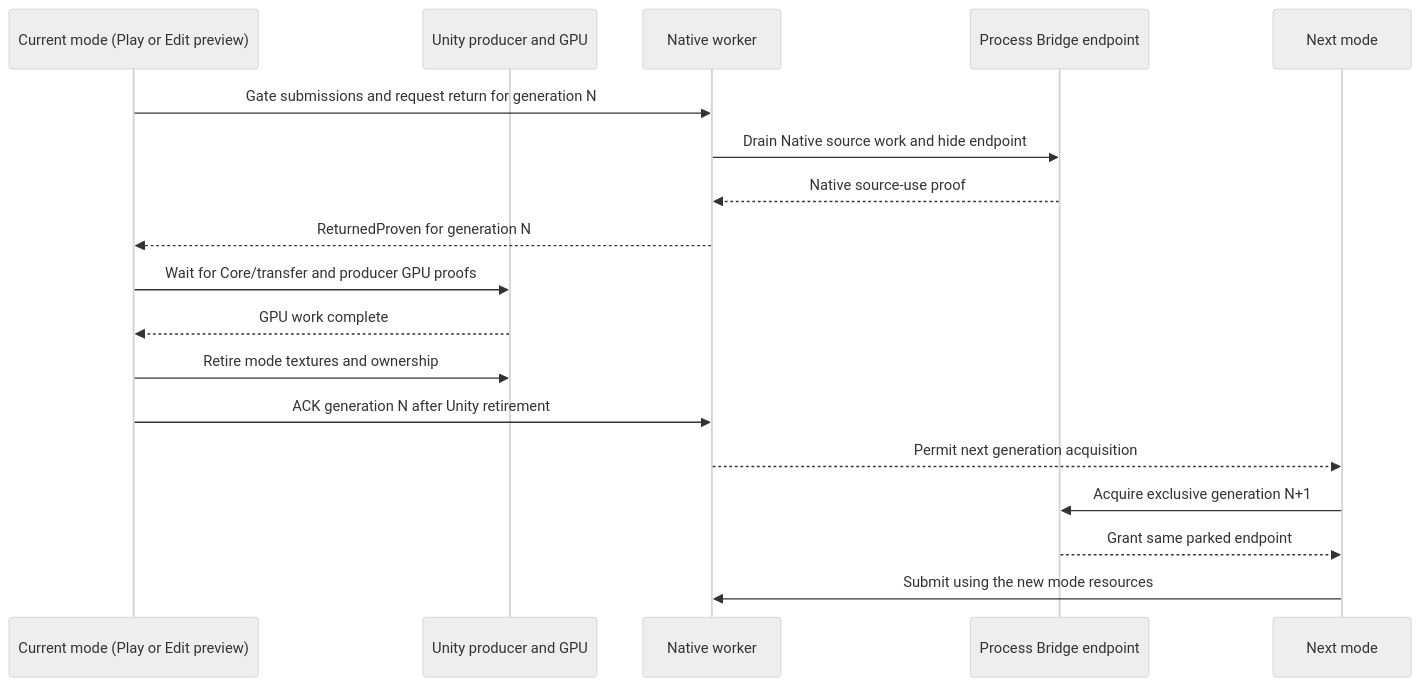
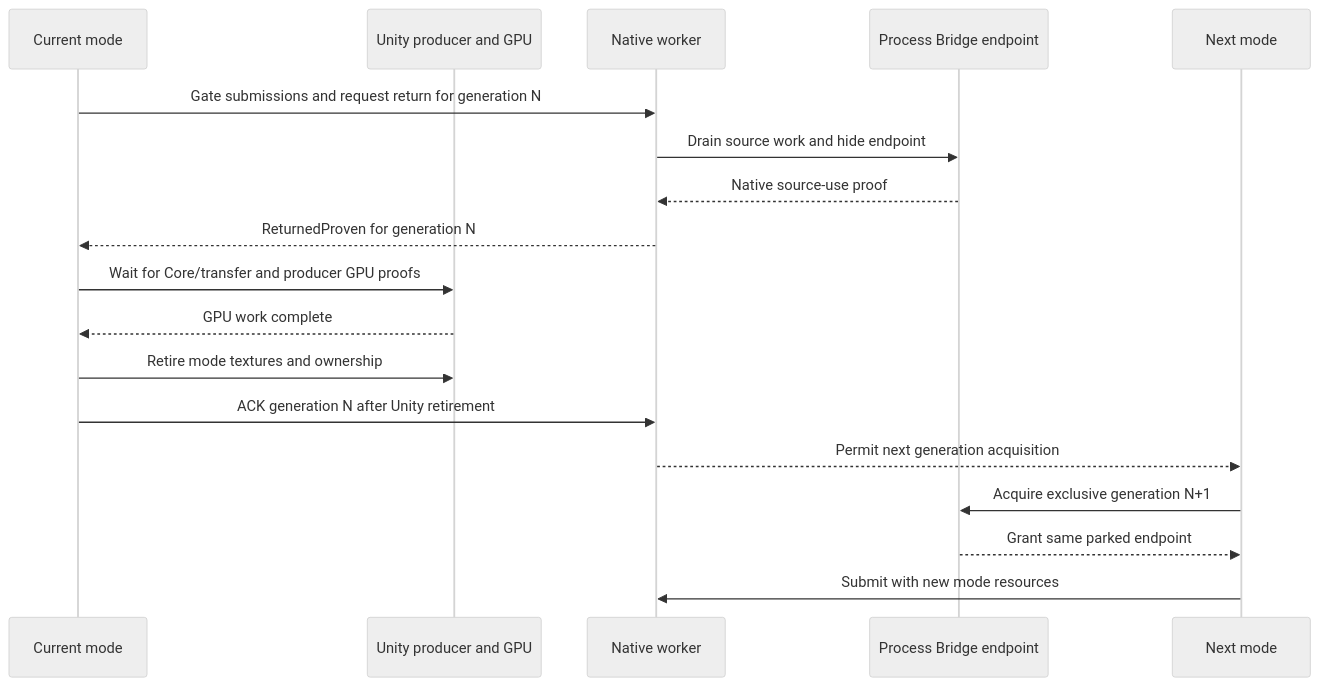
The second of 3 diagrams in docs/bridge-output-lifecycle.md (zabaglione/ViewWeave), drawn with Mermaid (neutral theme) before and after one commit. The commit also changed other lines of this file and 30 other files, not shown here.

````diff
--- a/docs/bridge-output-lifecycle.md
+++ b/docs/bridge-output-lifecycle.md
@@ -46,20 +46,20 @@
 ```mermaid
 sequenceDiagram
-    participant Old as Current mode (Play or Edit preview)
+    participant Old as Current mode
     participant Unity as Unity producer and GPU
     participant Worker as Native worker
     participant Endpoint as Process Bridge endpoint
     participant Next as Next mode
     Old->>Worker: Gate submissions and request return for generation N
-    Worker->>Endpoint: Drain Native source work and hide endpoint
+    Worker->>Endpoint: Drain source work and hide endpoint
     Endpoint-->>Worker: Native source-use proof
     Worker-->>Old: ReturnedProven for generation N
     Old->>Unity: Wait for Core/transfer and producer GPU proofs
     Unity-->>Old: GPU work complete
     Old->>Unity: Retire mode textures and ownership
     Old->>Worker: ACK generation N after Unity retirement
     Worker-->>Next: Permit next generation acquisition
     Next->>Endpoint: Acquire exclusive generation N+1
     Endpoint-->>Next: Grant same parked endpoint
-    Next->>Worker: Submit using the new mode resources
+    Next->>Worker: Submit with new mode resources
 ```
````
